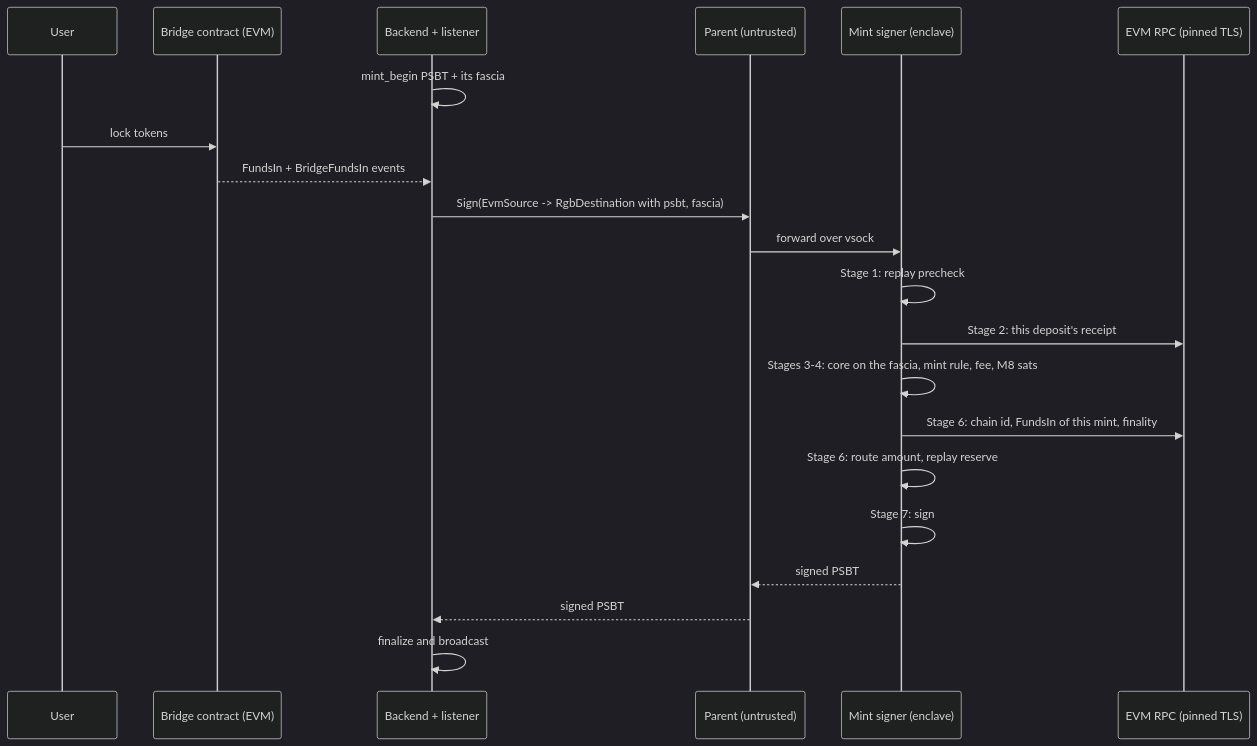
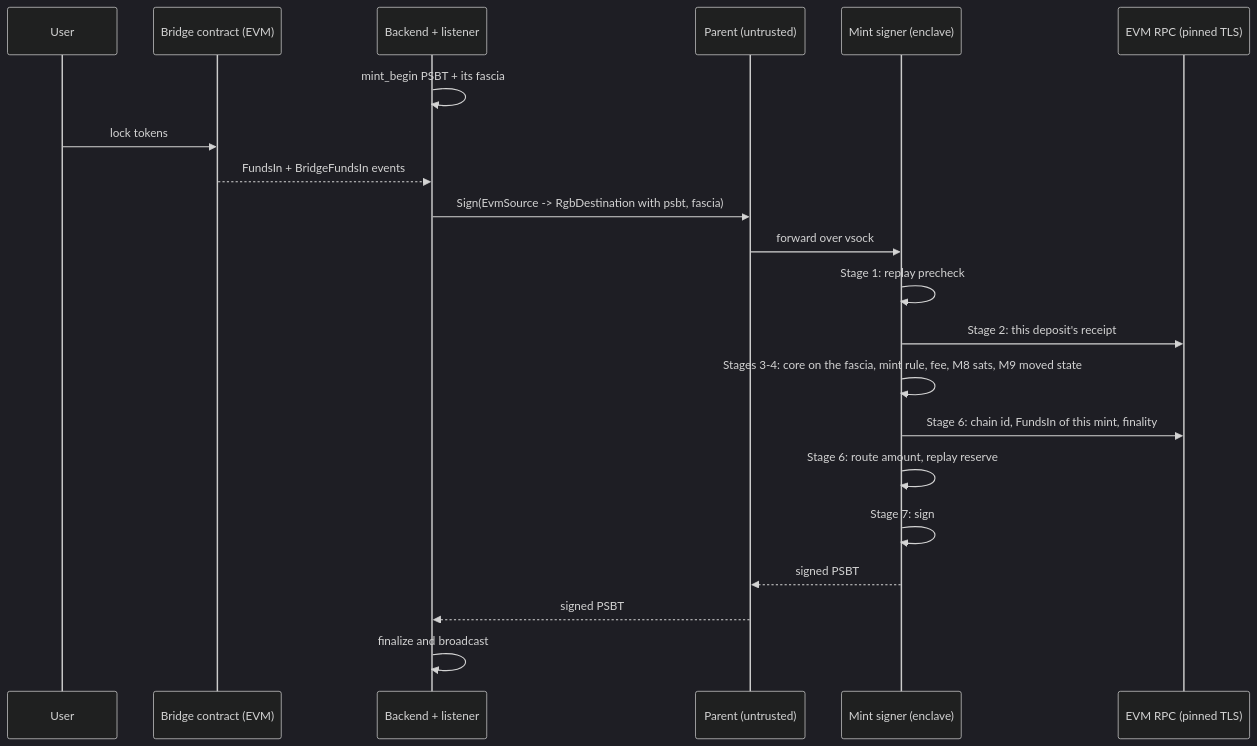
One commit to UTEXO-Protocol/enclave-signer changed the diagram in docs/mint-flow.md. Above: the diagram before and after it, drawn with Mermaid (dark theme). The commit also changed other lines of this file and 15 other files, not shown here.

````diff
--- a/docs/mint-flow.md
+++ b/docs/mint-flow.md
@@ -92,24 +92,24 @@
 ```mermaid
 sequenceDiagram
     participant U as User
     participant C as Bridge contract (EVM)
     participant L as Backend + listener
     participant P as Parent (untrusted)
     participant E as Mint signer (enclave)
     participant R as EVM RPC (pinned TLS)
 
     L->>L: mint_begin PSBT + its fascia
     U->>C: lock tokens
     C-->>L: FundsIn + BridgeFundsIn events
     L->>P: Sign(EvmSource -> RgbDestination with psbt, fascia)
     P->>E: forward over vsock
     E->>E: Stage 1: replay precheck
     E->>R: Stage 2: this deposit's receipt
-    E->>E: Stages 3-4: core on the fascia, mint rule, fee, M8 sats
+    E->>E: Stages 3-4: core on the fascia, mint rule, fee, M8 sats, M9 moved state
     E->>R: Stage 6: chain id, FundsIn of this mint, finality
     E->>E: Stage 6: route amount, replay reserve
     E->>E: Stage 7: sign
     E-->>P: signed PSBT
     P-->>L: signed PSBT
     L->>L: finalize and broadcast
 ```
````
